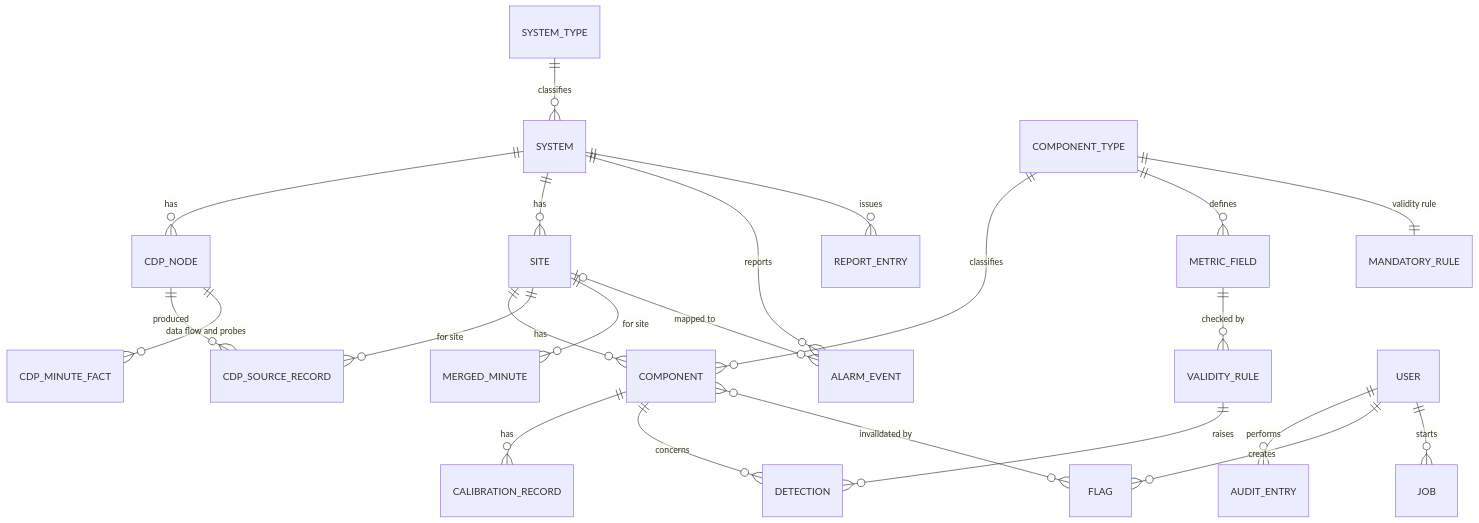
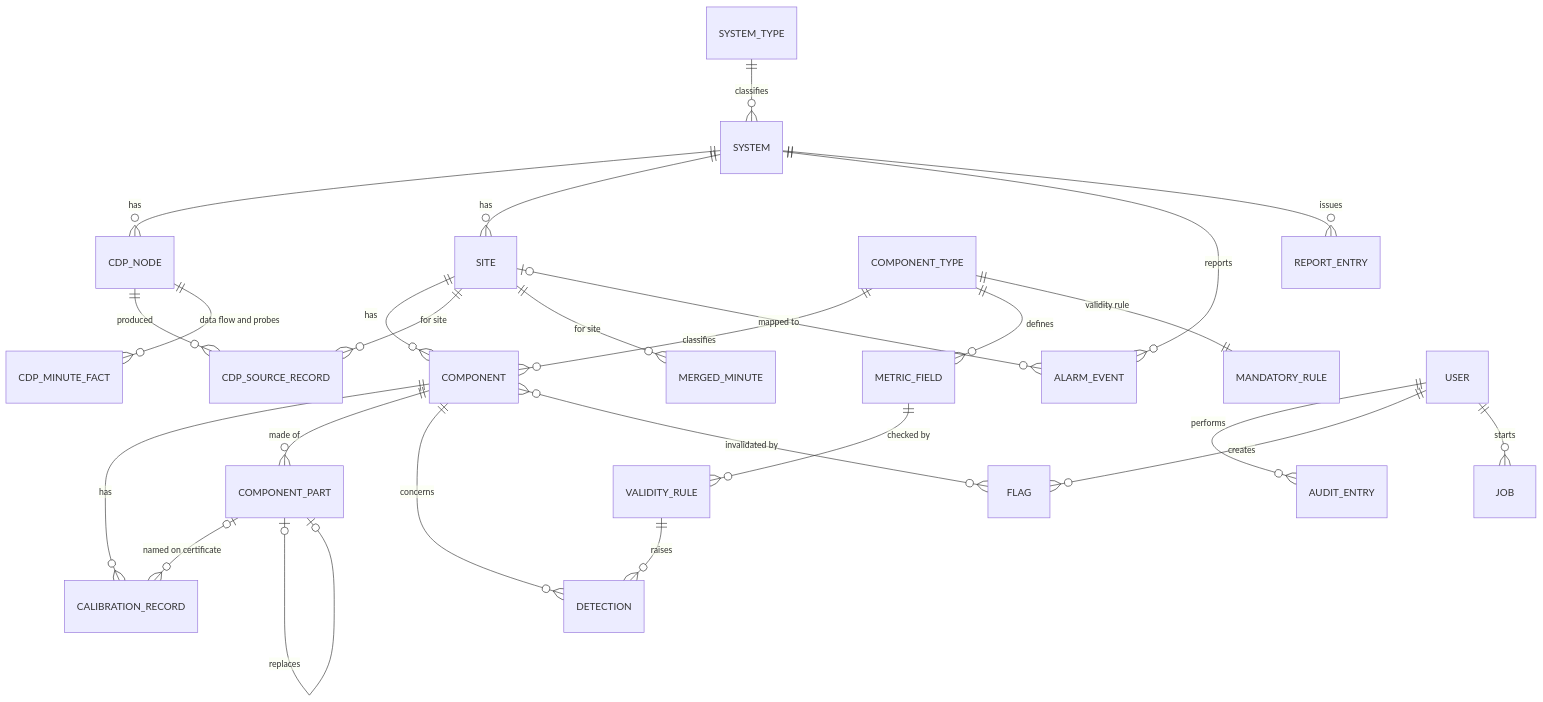
Before and after one commit to HanifHilmi/sistem-monitoring-aloptama: the fifth of 7 diagrams in PRD.md, drawn with Mermaid. The commit also changed other lines of this file and 32 other files, not shown here.

````diff
--- a/PRD.md
+++ b/PRD.md
@@ -1071,25 +1084,28 @@
 ```mermaid
 erDiagram
   SYSTEM_TYPE ||--o{ SYSTEM : classifies
   SYSTEM ||--o{ CDP_NODE : has
   SYSTEM ||--o{ SITE : has
   SITE ||--o{ COMPONENT : has
   COMPONENT_TYPE ||--o{ COMPONENT : classifies
   COMPONENT_TYPE ||--o{ METRIC_FIELD : defines
   COMPONENT_TYPE ||--|| MANDATORY_RULE : "validity rule"
   COMPONENT ||--o{ CALIBRATION_RECORD : has
+  COMPONENT ||--o{ COMPONENT_PART : "made of"
+  COMPONENT_PART |o--o{ CALIBRATION_RECORD : "named on certificate"
+  COMPONENT_PART |o--o| COMPONENT_PART : replaces
   CDP_NODE ||--o{ CDP_SOURCE_RECORD : produced
   SITE ||--o{ CDP_SOURCE_RECORD : "for site"
   SITE ||--o{ MERGED_MINUTE : "for site"
   CDP_NODE ||--o{ CDP_MINUTE_FACT : "data flow and probes"
   METRIC_FIELD ||--o{ VALIDITY_RULE : "checked by"
   VALIDITY_RULE ||--o{ DETECTION : raises
   COMPONENT ||--o{ DETECTION : "concerns"
   COMPONENT }o--o{ FLAG : "invalidated by"
   SYSTEM ||--o{ ALARM_EVENT : reports
   SITE |o--o{ ALARM_EVENT : "mapped to"
   SYSTEM ||--o{ REPORT_ENTRY : issues
   USER ||--o{ AUDIT_ENTRY : performs
   USER ||--o{ FLAG : creates
   USER ||--o{ JOB : starts
 ```
````
